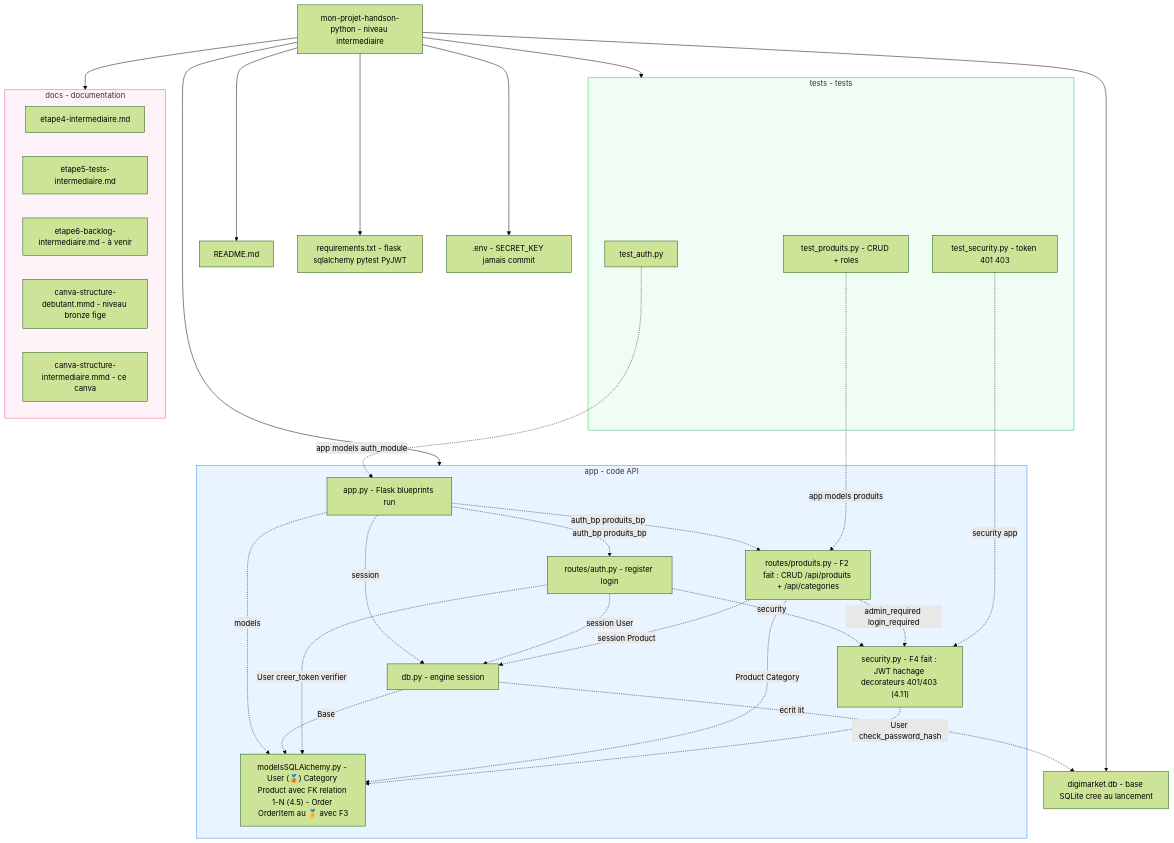
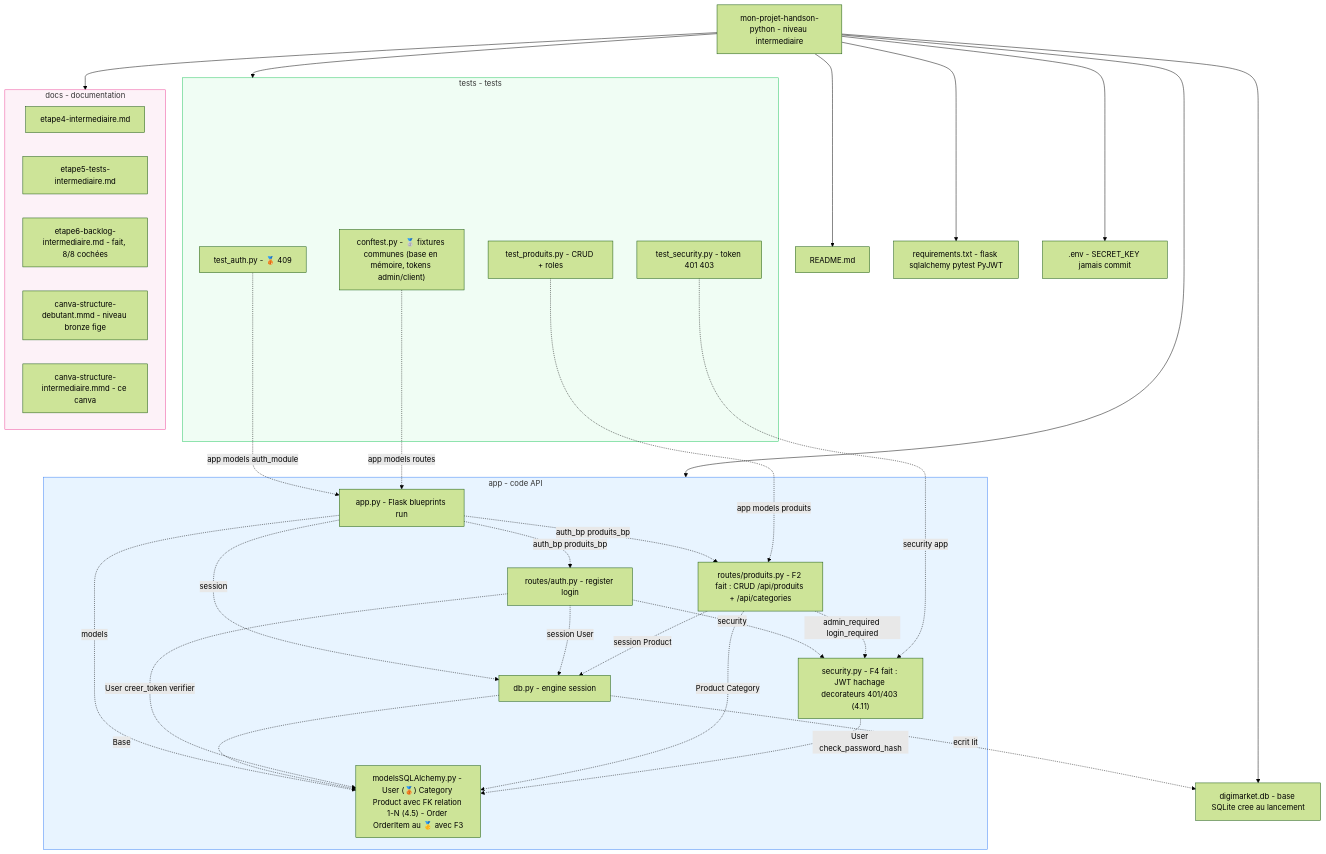
Before and after one commit to ericlacombe/mon-projet-handson-python: the diagram in docs/canva-structure-intermediaire.mmd, drawn with Mermaid (forest theme).

Commit message:
docs/canva-structure-intermediaire.mmd : ajoute tests/conftest.py + etape6-backlog-intermediaire marqué fait

```diff
--- a/docs/canva-structure-intermediaire.mmd
+++ b/docs/canva-structure-intermediaire.mmd
@@ -1,59 +1,61 @@
 %% Canva structure de fichiers - mon-projet-handson-python - NIVEAU INTERMEDIAIRE
 %% Rendu : copier ce bloc sur https://mermaid.live
 %% Legende : fleche pleine = arborescence ; fleche pointillee + texte = import Python (le texte = le nom importe)
 %% Niveau precedent conserve tel quel dans docs/canva-structure-debutant.mmd (jamais ecrase)
 flowchart TB
     ROOT["mon-projet-handson-python - niveau intermediaire"]
 
     ROOT --> README["README.md"]
     ROOT --> REQ["requirements.txt - flask sqlalchemy pytest PyJWT"]
     ROOT --> ENV[".env - SECRET_KEY jamais commit"]
     ROOT --> DBFILE["digimarket.db - base SQLite cree au lancement"]
 
     subgraph APP["app - code API"]
         A_APP["app.py - Flask blueprints run"]
         A_DB["db.py - engine session"]
         A_SEC["security.py - F4 fait : JWT hachage decorateurs 401/403 (4.11)"]
         A_MODELS["modelsSQLAlchemy.py - User (🥉) Category Product avec FK relation 1-N (4.5) - Order OrderItem au 🥇 avec F3"]
         A_AUTH["routes/auth.py - register login"]
         A_PROD["routes/produits.py - F2 fait : CRUD /api/produits + /api/categories"]
     end
 
     subgraph TESTS["tests - tests"]
-        T_AUTH["test_auth.py"]
+        T_AUTH["test_auth.py - 🥉 409"]
+        T_CONF["conftest.py - 🥈 fixtures communes (base en mémoire, tokens admin/client)"]
         T_SEC["test_security.py - token 401 403"]
         T_PROD["test_produits.py - CRUD + roles"]
     end
 
     subgraph DOCS["docs - documentation"]
         D_ET4["etape4-intermediaire.md"]
         D_ET5["etape5-tests-intermediaire.md"]
-        D_ET6["etape6-backlog-intermediaire.md - à venir"]
+        D_ET6["etape6-backlog-intermediaire.md - fait, 8/8 cochées"]
         D_CANVA_B["canva-structure-debutant.mmd - niveau bronze fige"]
         D_CANVA_I["canva-structure-intermediaire.mmd - ce canva"]
     end
 
     ROOT --> APP
     ROOT --> TESTS
     ROOT --> DOCS
 
     A_APP -.->|auth_bp produits_bp| A_AUTH
     A_APP -.->|auth_bp produits_bp| A_PROD
     A_APP -.->|session| A_DB
     A_APP -.->|models| A_MODELS
     A_DB -.->|Base| A_MODELS
     A_DB -.->|"ecrit lit"| DBFILE
     A_AUTH -.->|session User| A_DB
     A_AUTH -.->|User creer_token verifier| A_MODELS
     A_AUTH -.->|security| A_SEC
     A_PROD -.->|session Product| A_DB
     A_PROD -.->|Product Category| A_MODELS
     A_PROD -.->|admin_required login_required| A_SEC
     A_SEC -.->|User check_password_hash| A_MODELS
     T_AUTH -.->|app models auth_module| A_APP
     T_SEC -.->|security app| A_SEC
+    T_CONF -.->|app models routes| A_APP
     T_PROD -.->|app models produits| A_PROD
 
     style APP fill:#e8f4ff,stroke:#3b82f6
     style TESTS fill:#f0fdf4,stroke:#22c55e
     style DOCS fill:#fdf2f8,stroke:#ec4899
```
